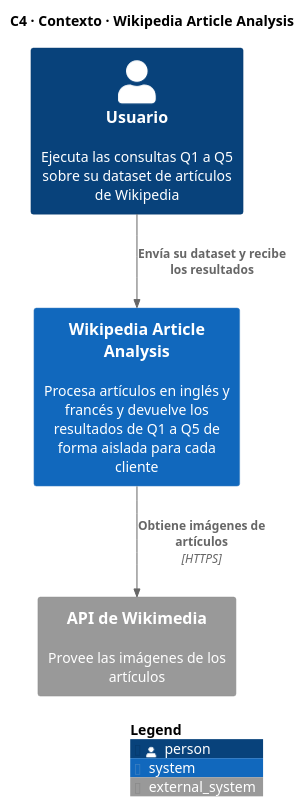
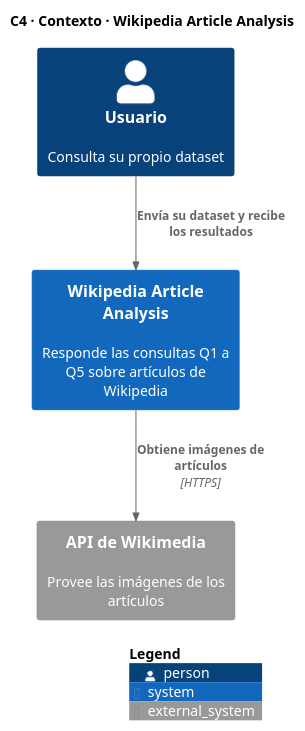
Before and after one commit to NicoPodesta/trabajo-final-distribuidos: the diagram in Diagramas/C4Model/01-contexto.puml, drawn with PlantUML. The commit also changed 7 other files, not shown here.

```diff
--- a/Diagramas/C4Model/01-contexto.puml
+++ b/Diagramas/C4Model/01-contexto.puml
@@ -1,16 +1,16 @@
 @startuml 01-contexto
 !include <C4/C4_Context>
 
 title C4 · Contexto · Wikipedia Article Analysis
 
-Person(usuario, "Usuario", "Ejecuta las consultas Q1 a Q5 sobre su dataset de artículos de Wikipedia")
+Person(usuario, "Usuario", "Consulta su propio dataset")
 
-System(sistema, "Wikipedia Article Analysis", "Procesa artículos en inglés y francés y devuelve los resultados de Q1 a Q5 de forma aislada para cada cliente")
+System(sistema, "Wikipedia Article Analysis", "Responde las consultas Q1 a Q5 sobre artículos de Wikipedia")
 
 System_Ext(wikimedia, "API de Wikimedia", "Provee las imágenes de los artículos")
 
 Rel(usuario, sistema, "Envía su dataset y recibe los resultados")
 Rel(sistema, wikimedia, "Obtiene imágenes de artículos", "HTTPS")
 
 SHOW_LEGEND()
 @enduml
```
